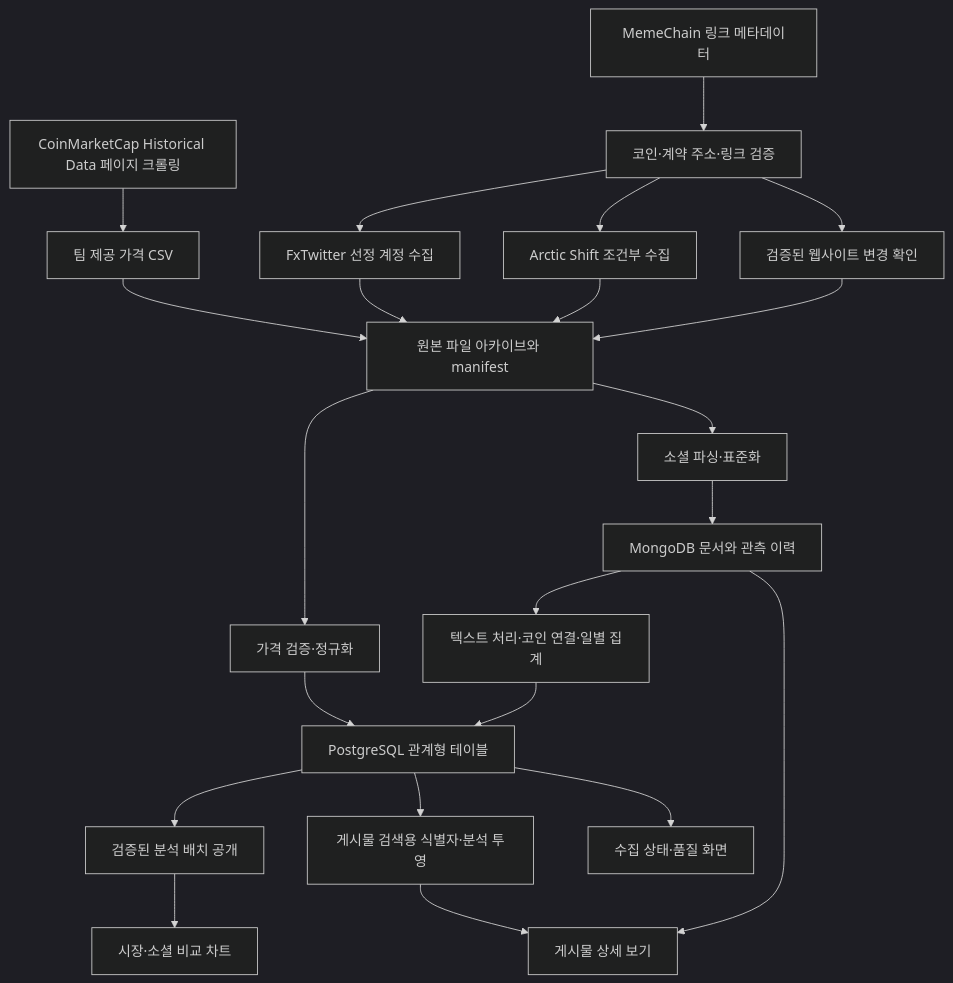
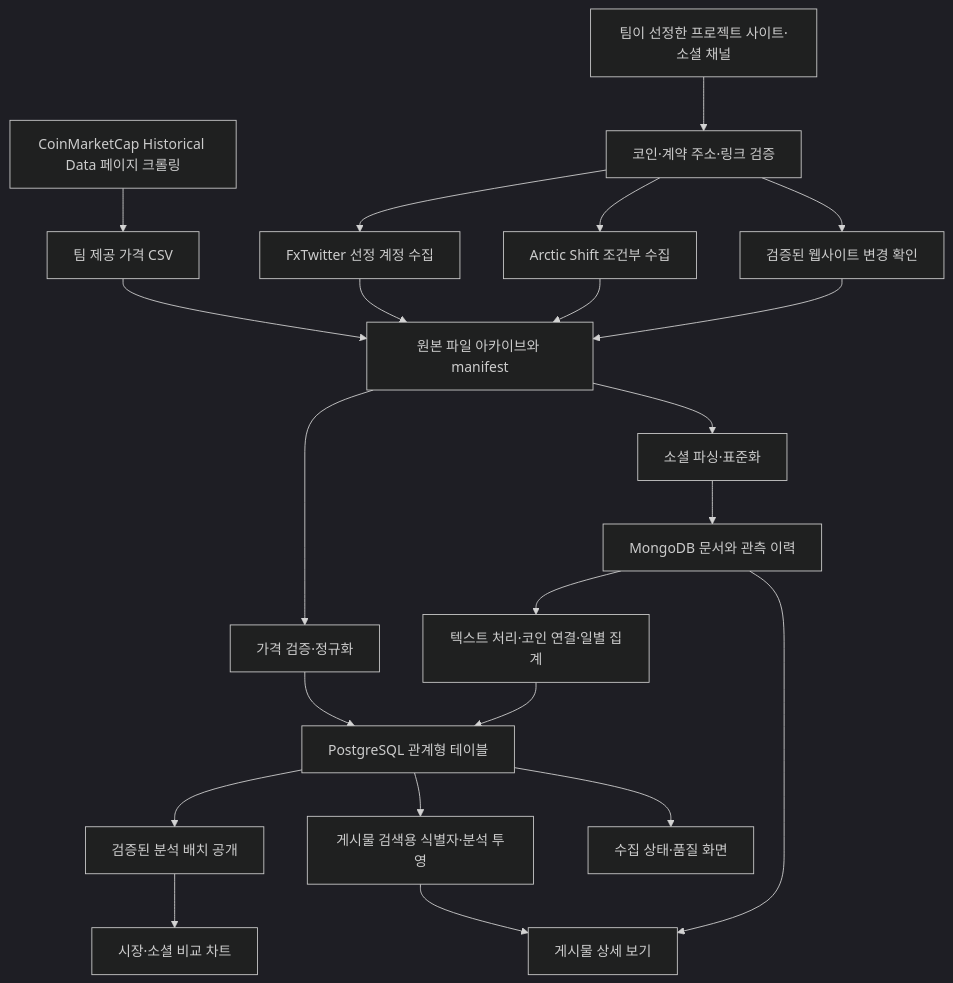
Before and after one commit to Basten1209/idsc501: the diagram in architecture/system-design.md, drawn with Mermaid (dark theme). The commit also changed 7 other files, not shown here.

Commit message:
docs: treat MemeChain as ideation reference

````diff
--- a/architecture/system-design.md
+++ b/architecture/system-design.md
@@ -22,24 +22,24 @@
 ```mermaid
 flowchart TD
     CMC[CoinMarketCap Historical Data 페이지 크롤링] --> P[팀 제공 가격 CSV]
     P --> R[원본 파일 아카이브와 manifest]
-    Z[MemeChain 링크 메타데이터] --> G[코인·계약 주소·링크 검증]
+    S[팀이 선정한 프로젝트 사이트·소셜 채널] --> G[코인·계약 주소·링크 검증]
     G --> X[FxTwitter 선정 계정 수집]
     G --> A[Arctic Shift 조건부 수집]
     G --> W[검증된 웹사이트 변경 확인]
     X --> R
     A --> R
     W --> R
     R --> N[소셜 파싱·표준화]
     N --> M[MongoDB 문서와 관측 이력]
     R --> V[가격 검증·정규화]
     V --> PG[PostgreSQL 관계형 테이블]
     M --> T[텍스트 처리·코인 연결·일별 집계]
     T --> PG
     PG --> B[검증된 분석 배치 공개]
     B --> C[시장·소셜 비교 차트]
     PG --> E[게시물 검색용 식별자·분석 투영]
     E --> D[게시물 상세 보기]
     M --> D
     PG --> H[수집 상태·품질 화면]
 ```
````
